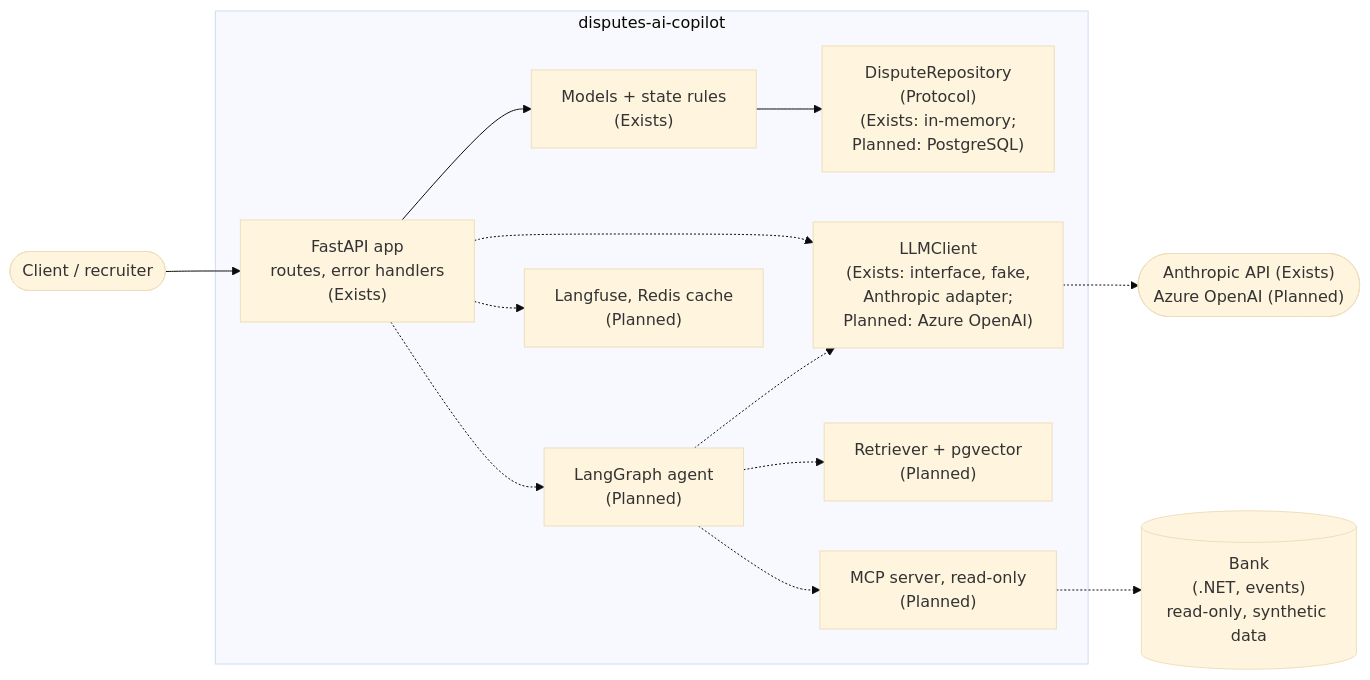
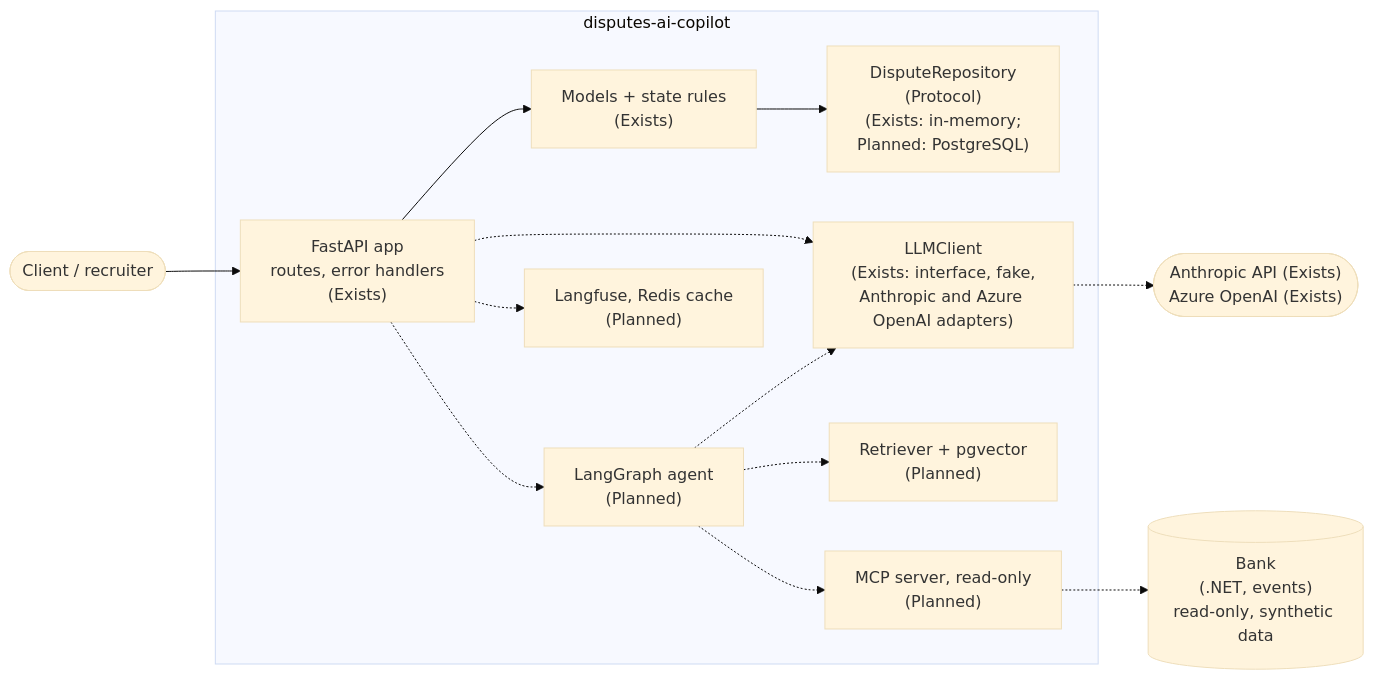
The diagram in docs/ARCHITECTURE.md (jdrojasrs-maker/disputes-ai-copilot), drawn with Mermaid (base theme) before and after one commit. The commit also changed other lines of this file and 7 other files, not shown here.

First line of the commit message:
docs: record the Azure OpenAI real call and close feature 004

````diff
--- a/docs/ARCHITECTURE.md
+++ b/docs/ARCHITECTURE.md
@@ -17,28 +17,28 @@
 ```mermaid
 flowchart LR
     client([Client / recruiter])
     subgraph disputes["disputes-ai-copilot"]
         api["FastAPI app<br/>routes, error handlers<br/>(Exists)"]
         domain["Models + state rules<br/>(Exists)"]
         repo["DisputeRepository<br/>(Protocol)<br/>(Exists: in-memory;<br/>Planned: PostgreSQL)"]
-        llm["LLMClient<br/>(Exists: interface, fake,<br/>Anthropic adapter;<br/>Planned: Azure OpenAI)"]
+        llm["LLMClient<br/>(Exists: interface, fake,<br/>Anthropic and Azure OpenAI adapters)"]
         rag["Retriever + pgvector<br/>(Planned)"]
         agent["LangGraph agent<br/>(Planned)"]
         mcp["MCP server, read-only<br/>(Planned)"]
         obs["Langfuse, Redis cache<br/>(Planned)"]
     end
     bank[("Bank<br/>(.NET, events)<br/>read-only, synthetic data")]
-    providers(["Anthropic API (Exists)<br/>Azure OpenAI (Planned)"])
+    providers(["Anthropic API (Exists)<br/>Azure OpenAI (Exists)"])
 
     client --> api
     api --> domain
     domain --> repo
     api -.-> llm
     api -.-> agent
     agent -.-> llm
     agent -.-> rag
     agent -.-> mcp
     llm -.-> providers
     mcp -.-> bank
     api -.-> obs
 ```
````
